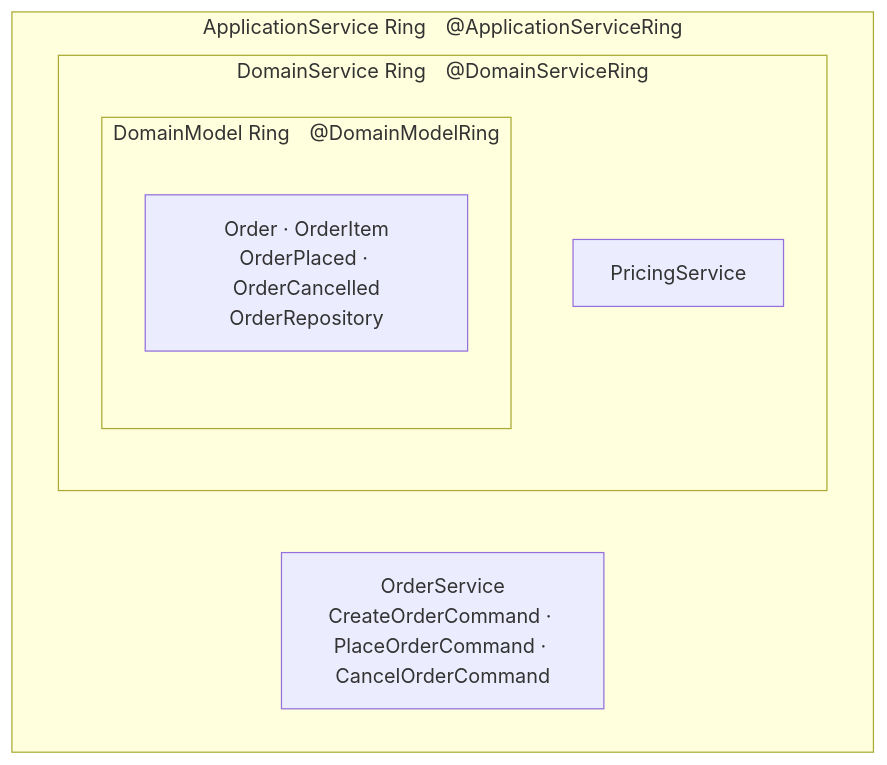
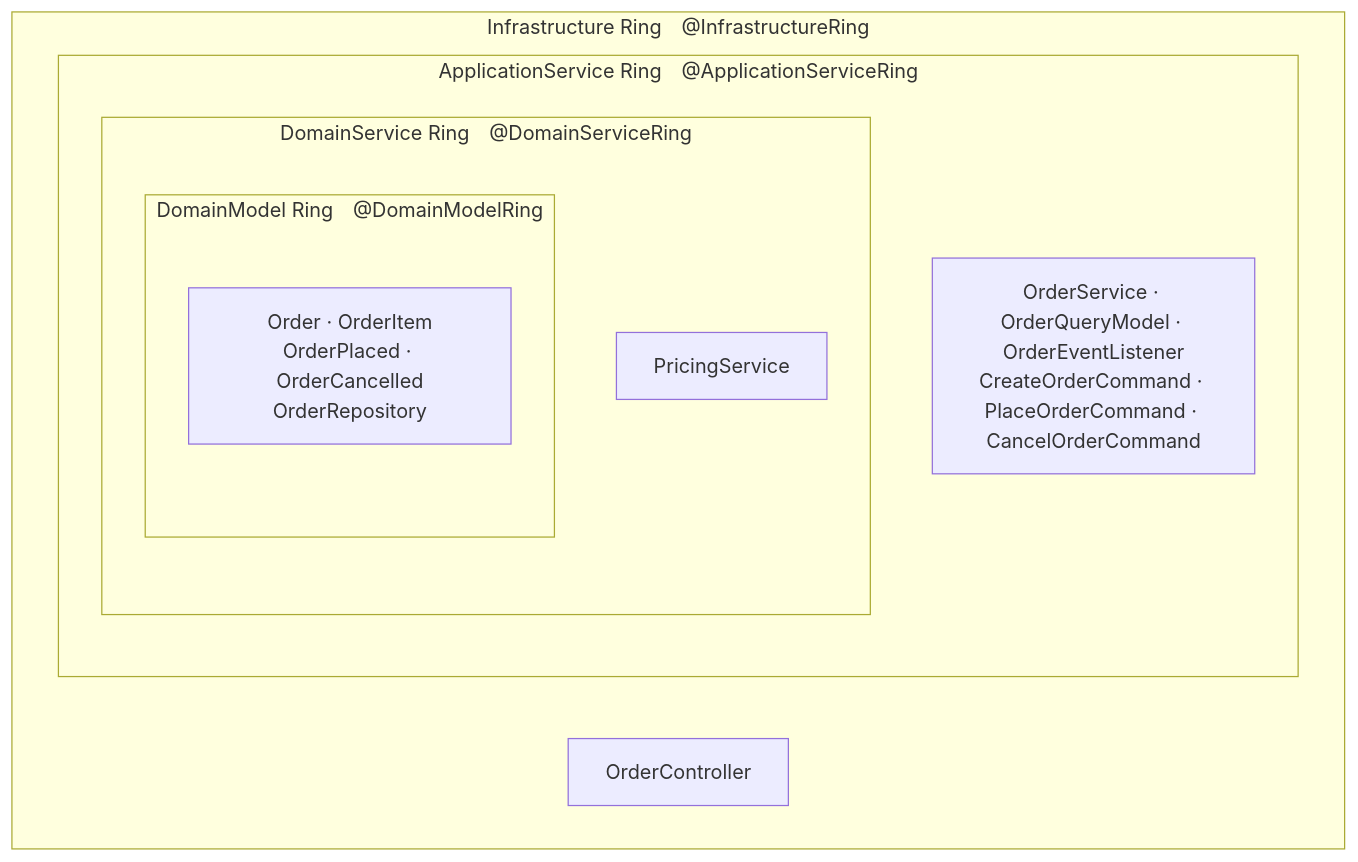
One commit to jimmy0301/Jmolecues-Demo changed the diagram in docs/04-onion-impl.md. Above: the diagram before and after it, drawn with Mermaid. The commit also changed other lines of this file, not shown here.

First line of the commit message:
docs: update onion-impl with InfrastructureRing and accurate examples

````diff
--- a/docs/04-onion-impl.md
+++ b/docs/04-onion-impl.md
@@ -24,12 +24,15 @@
 ```mermaid
 graph TD
-    subgraph app["ApplicationService Ring　@ApplicationServiceRing"]
-        subgraph ds["DomainService Ring　@DomainServiceRing"]
-            subgraph dm["DomainModel Ring　@DomainModelRing"]
-                D["Order · OrderItem\nOrderPlaced · OrderCancelled\nOrderRepository"]
+    subgraph infra["Infrastructure Ring　@InfrastructureRing"]
+        subgraph app["ApplicationService Ring　@ApplicationServiceRing"]
+            subgraph ds["DomainService Ring　@DomainServiceRing"]
+                subgraph dm["DomainModel Ring　@DomainModelRing"]
+                    D["Order · OrderItem\nOrderPlaced · OrderCancelled\nOrderRepository"]
+                end
+                S["PricingService"]
             end
-            S["PricingService"]
+            A["OrderService · OrderQueryModel · OrderEventListener\nCreateOrderCommand · PlaceOrderCommand · CancelOrderCommand"]
         end
-        A["OrderService\nCreateOrderCommand · PlaceOrderCommand · CancelOrderCommand"]
+        I["OrderController"]
     end
 ```
````
